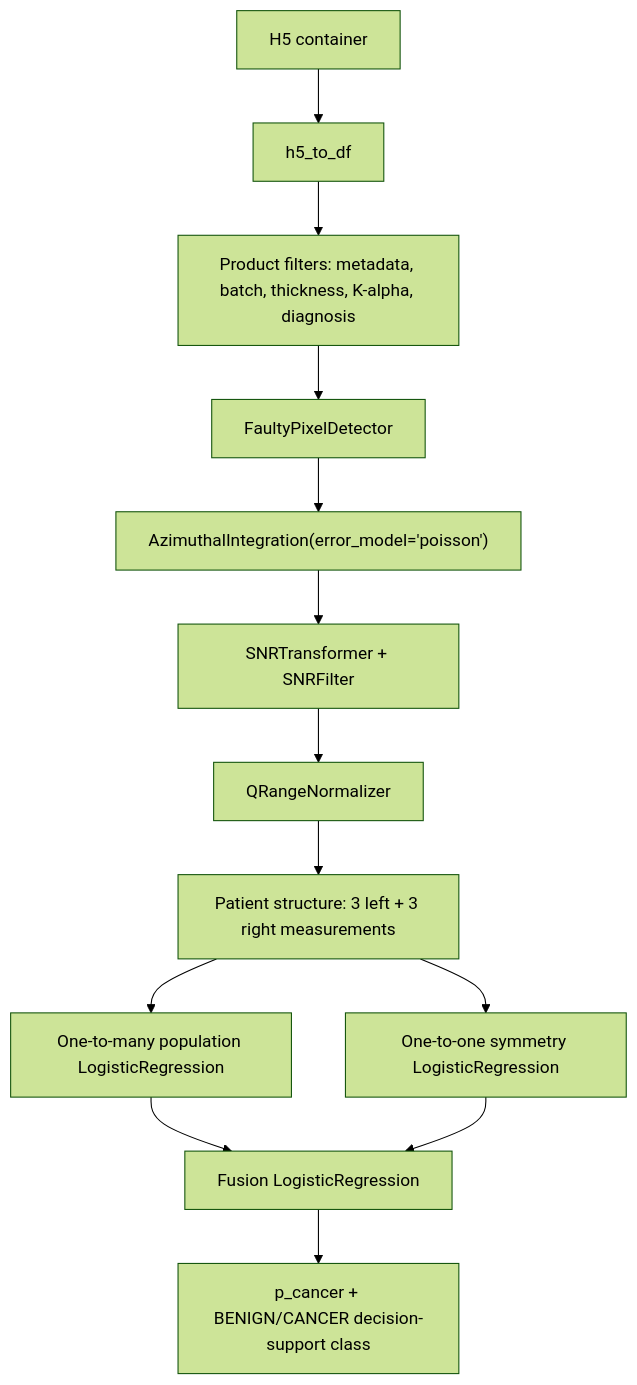
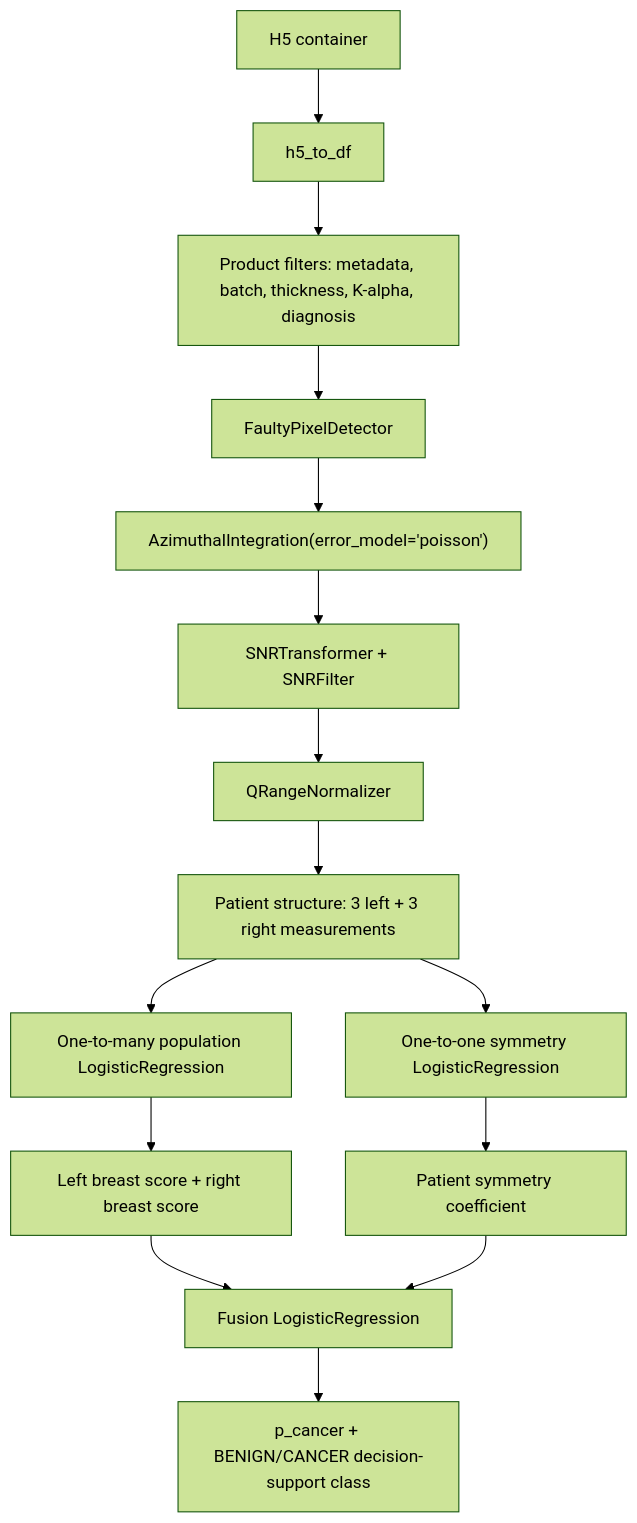
Before and after one commit to Eos-Dx/Bremen: the diagram in docs/machine_learning_concept.md, drawn with Mermaid (forest theme). The commit also changed other lines of this file and 29 other files, not shown here.

````diff
--- a/docs/machine_learning_concept.md
+++ b/docs/machine_learning_concept.md
@@ -215,15 +312,17 @@
 ```mermaid
 flowchart TD
     A["H5 container"] --> B["h5_to_df"]
     B --> C["Product filters: metadata, batch, thickness, K-alpha, diagnosis"]
     C --> D["FaultyPixelDetector"]
     D --> E["AzimuthalIntegration(error_model='poisson')"]
     E --> F["SNRTransformer + SNRFilter"]
     F --> G["QRangeNormalizer"]
     G --> H["Patient structure: 3 left + 3 right measurements"]
     H --> I["One-to-many population LogisticRegression"]
     H --> J["One-to-one symmetry LogisticRegression"]
-    I --> K["Fusion LogisticRegression"]
-    J --> K
+    I --> I1["Left breast score + right breast score"]
+    J --> J1["Patient symmetry coefficient"]
+    I1 --> K["Fusion LogisticRegression"]
+    J1 --> K
     K --> L["p_cancer + BENIGN/CANCER decision-support class"]
 ```
````
